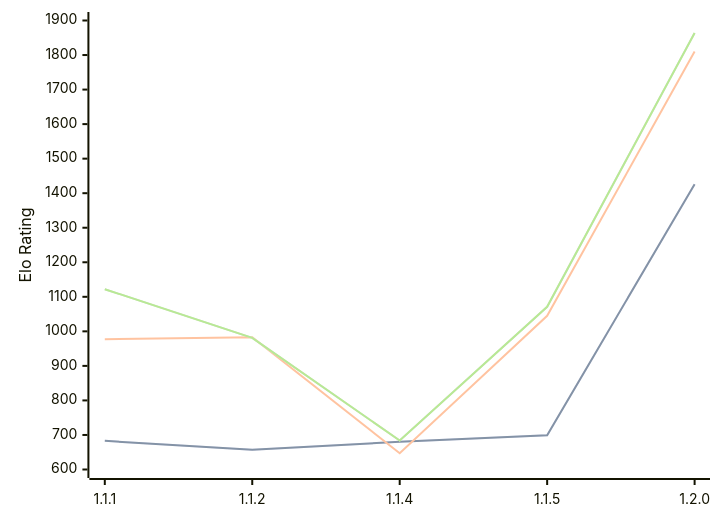
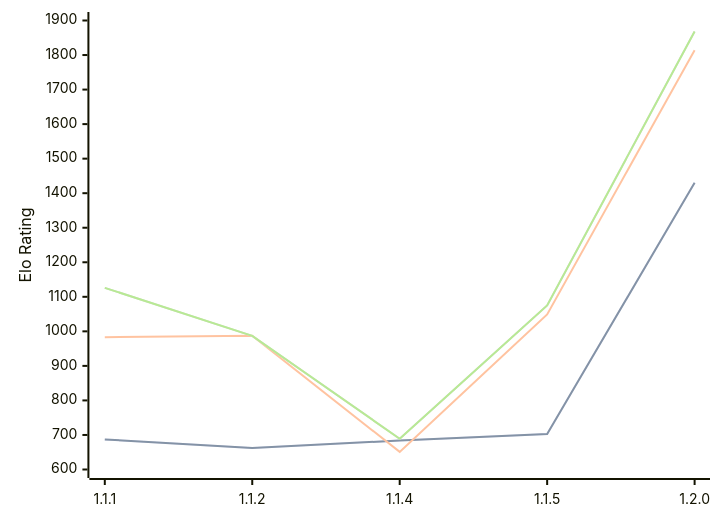
Before and after one commit to computer-chess-index/cci: the diagram in engines/ChessCore.md, drawn with Mermaid. The commit also changed other lines of this file, not shown here.

Commit message:
Update CCI Ratings (ELO VLTC) - 2026-08-18

````diff
--- a/engines/ChessCore.md
+++ b/engines/ChessCore.md
@@ -36,11 +36,11 @@
 ```mermaid
 %%{init: {"theme":"base","themeVariables":{"seriesColors:['#a3a3a3','#222221','#faa371']}}}%%
 xychart-beta
   x-axis ["1.1.1", "1.1.2", "1.1.4", "1.1.5", "1.2.0"]
   y-axis "Elo Rating" 600 --> 1900
-  line "STC (8.0+0.08s)" [683, 657, 680, 699, 1426]
-  line "STC (8.0+0.08s)" [683, 657, 680, 699, 1426]
-  line "LTC (60.0+0.60s)" [977, 983, 647, 1045, 1810]
-  line "VLTC (2m24s+1.12s)" [1122, 981, 684, 1071, 1864]
-  line "VLTC (2m24s+1.12s)" [1122, 981, 684, 1071, 1864]
+  line "STC (8.0+0.08s)" [687, 662, 684, 703, 1430]
+  line "STC (8.0+0.08s)" [687, 662, 684, 703, 1430]
+  line "LTC (60.0+0.60s)" [983, 987, 651, 1049, 1814]
+  line "VLTC (2m24s+1.12s)" [1126, 987, 689, 1075, 1868]
+  line "VLTC (2m24s+1.12s)" [1126, 987, 689, 1075, 1868]
 ```
````
